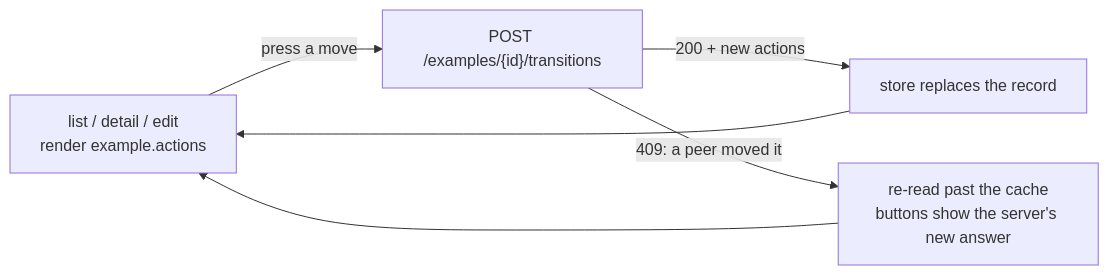
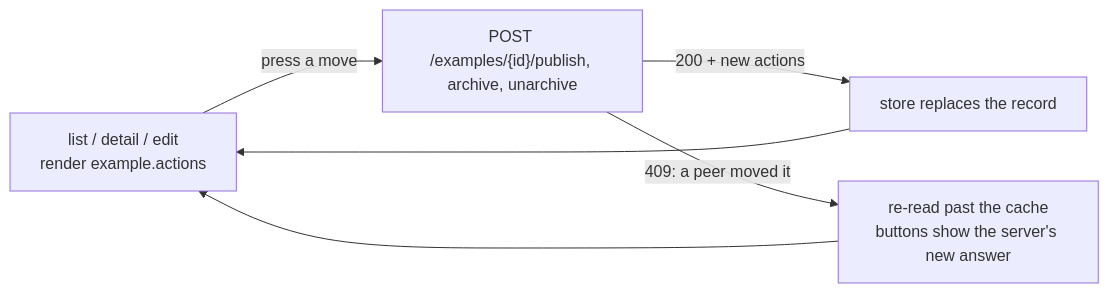
The second of 2 diagrams in docs/theory/modules.md (Guebbit/boilerplate-vue-frontend), drawn with Mermaid before and after one commit. The commit also changed other lines of this file and 26 other files, not shown here.

First line of the commit message:
feat(example)!: one button per lifecycle event, from the new publish/archive/unarchive doors

````diff
--- a/docs/theory/modules.md
+++ b/docs/theory/modules.md
@@ -230,8 +230,8 @@
 ```mermaid
 flowchart LR
-    List["list / detail / edit<br/>render example.actions"] -->|"press a move"| Door["POST /examples/{id}/transitions"]
+    List["list / detail / edit<br/>render example.actions"] -->|"press a move"| Door["POST /examples/{id}/publish, archive, unarchive"]
     Door -->|"200 + new actions"| Cache["store replaces the record"]
     Door -->|"409: a peer moved it"| Reread["re-read past the cache<br/>buttons show the server's new answer"]
     Cache --> List
     Reread --> List
 ```
````
